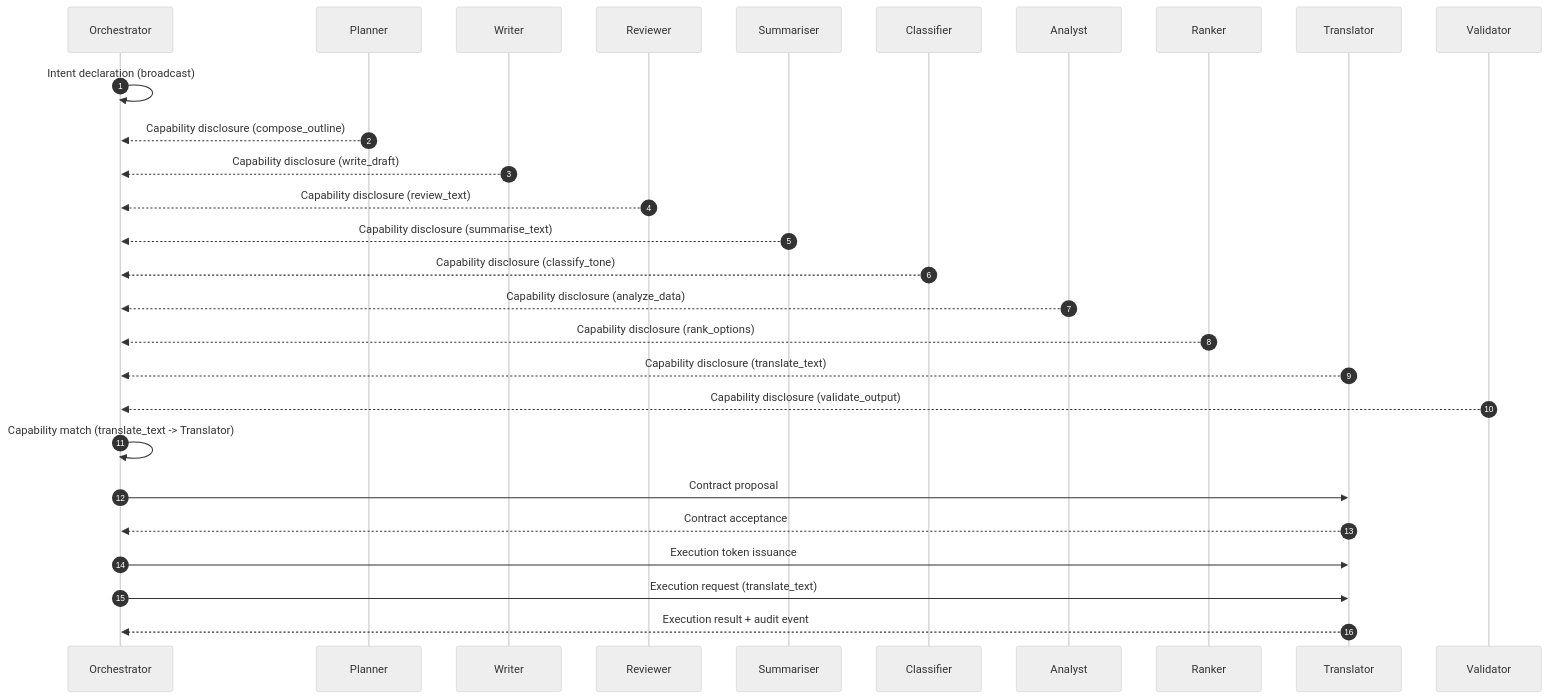
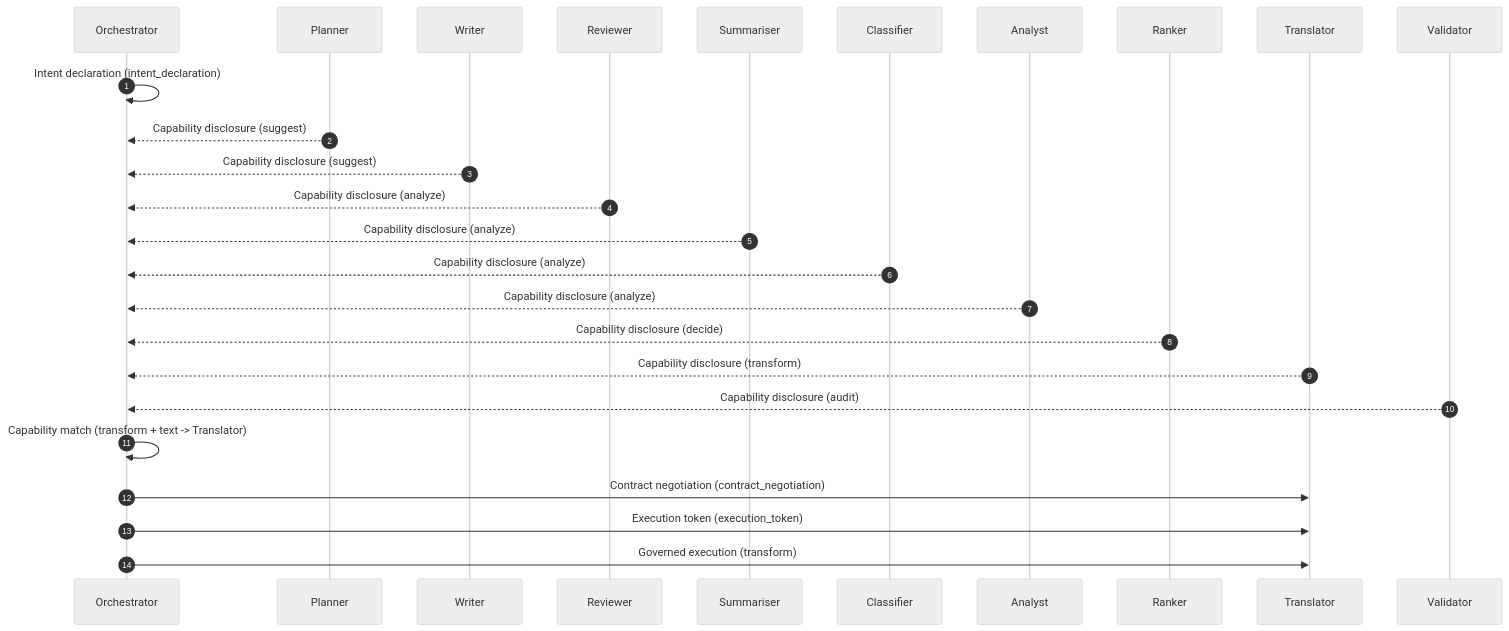
The second of 2 diagrams in reference-implementation/README.md (emmett08/ICNP_spec_schemas_ref_impl), drawn with Mermaid (neutral theme) before and after one commit. The commit also changed other lines of this file and 30 other files, not shown here.

Commit message:
Align ICNP docs, schemas, and demos with canonical spec

````diff
--- a/reference-implementation/README.md
+++ b/reference-implementation/README.md
@@ -142,34 +131,31 @@
 ```mermaid
 sequenceDiagram
     autonumber
     participant O as Orchestrator
     participant P as Planner
     participant W as Writer
     participant R as Reviewer
     participant S as Summariser
     participant C as Classifier
     participant A as Analyst
     participant K as Ranker
     participant T as Translator
     participant V as Validator
 
-    O->>O: Intent declaration (broadcast)
-    P-->>O: Capability disclosure (compose_outline)
-    W-->>O: Capability disclosure (write_draft)
-    R-->>O: Capability disclosure (review_text)
-    S-->>O: Capability disclosure (summarise_text)
-    C-->>O: Capability disclosure (classify_tone)
-    A-->>O: Capability disclosure (analyze_data)
-    K-->>O: Capability disclosure (rank_options)
-    T-->>O: Capability disclosure (translate_text)
-    V-->>O: Capability disclosure (validate_output)
+    O->>O: Intent declaration (intent_declaration)
+    P-->>O: Capability disclosure (suggest)
+    W-->>O: Capability disclosure (suggest)
+    R-->>O: Capability disclosure (analyze)
+    S-->>O: Capability disclosure (analyze)
+    C-->>O: Capability disclosure (analyze)
+    A-->>O: Capability disclosure (analyze)
+    K-->>O: Capability disclosure (decide)
+    T-->>O: Capability disclosure (transform)
+    V-->>O: Capability disclosure (audit)
 
-    O->>O: Capability match (translate_text -> Translator)
+    O->>O: Capability match (transform + text -> Translator)
 
-    O->>T: Contract proposal
-    T-->>O: Contract acceptance
-
-    O->>T: Execution token issuance
-    O->>T: Execution request (translate_text)
-    T-->>O: Execution result + audit event
+    O->>T: Contract negotiation (contract_negotiation)
+    O->>T: Execution token (execution_token)
+    O->>T: Governed execution (transform)
 ```
````
